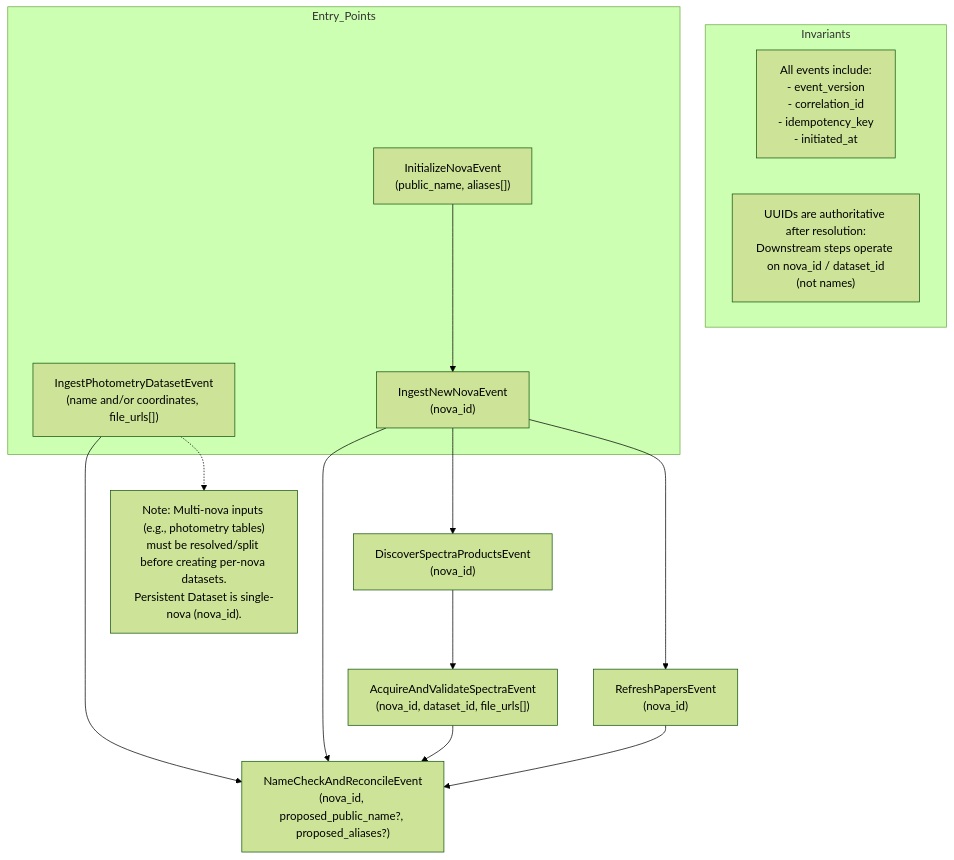
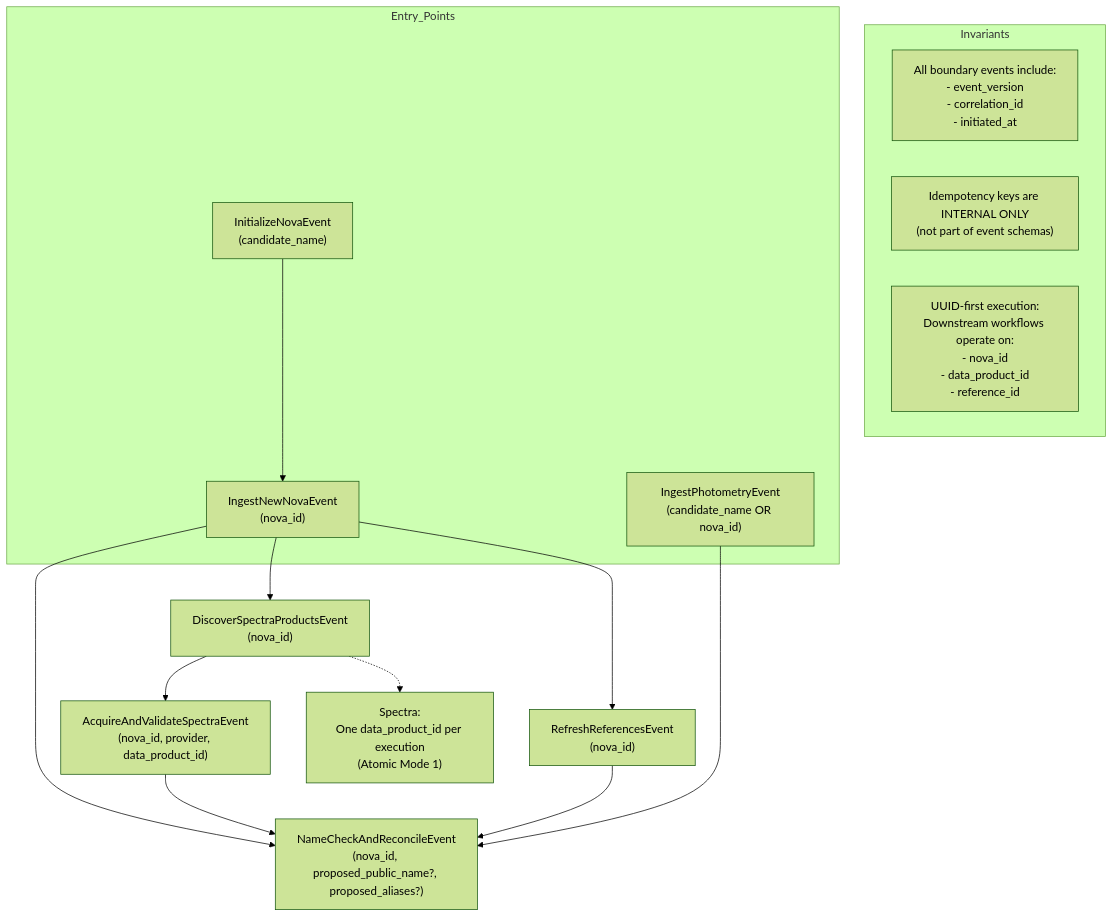
One commit to finzellt/aws_nova_cat changed the diagram in docs/diagrams/events_mermaid_diag.md. Above: the diagram before and after it, drawn with Mermaid (forest theme). The commit also changed 18 other files, not shown here.

First line of the commit message:
refactor(docs): finalize architectural alignment and establish ADR-004 baseline

````diff
--- a/docs/diagrams/events_mermaid_diag.md
+++ b/docs/diagrams/events_mermaid_diag.md
@@ -1,54 +1,67 @@
 ```mermaid
 flowchart TD
-  %% -----------------------------
-  %% Contract invariants
-  %% -----------------------------
+
+  %% ==============================
+  %% Contract Invariants
+  %% ==============================
+
   subgraph Invariants
-    I1["All events include:
+    I1["All boundary events include:
 - event_version
 - correlation_id
-- idempotency_key
 - initiated_at"]
-    I2["UUIDs are authoritative after resolution:
-Downstream steps operate on nova_id / dataset_id
-(not names)"]
+    I2["Idempotency keys are INTERNAL ONLY
+(not part of event schemas)"]
+    I3["UUID-first execution:
+Downstream workflows operate on:
+- nova_id
+- data_product_id
+- reference_id"]
   end
 
-  %% -----------------------------
-  %% Entry points
-  %% -----------------------------
+  %% ==============================
+  %% Entry Points
+  %% ==============================
+
   subgraph Entry_Points
     EN1["InitializeNovaEvent
-(public_name, aliases[])"]
-    EN2["IngestPhotometryDatasetEvent
-(name and/or coordinates, file_urls[])"]
+(candidate_name)"]
+
+    EN2["IngestPhotometryEvent
+(candidate_name OR nova_id)"]
+
     EN3["IngestNewNovaEvent
 (nova_id)"]
   end
 
-  %% -----------------------------
-  %% Resolution / governance
-  %% -----------------------------
+  %% ==============================
+  %% Identity & Governance
+  %% ==============================
+
   NR["NameCheckAndReconcileEvent
 (nova_id, proposed_public_name?, proposed_aliases?)"]
 
-  %% -----------------------------
-  %% Spectra discovery pipeline
-  %% -----------------------------
+  %% ==============================
+  %% Spectra Pipeline
+  %% ==============================
+
   DSP["DiscoverSpectraProductsEvent
 (nova_id)"]
+
   DVS["AcquireAndValidateSpectraEvent
-(nova_id, dataset_id, file_urls[])"]
+(nova_id, provider, data_product_id)"]
 
-  %% -----------------------------
-  %% Papers pipeline
-  %% -----------------------------
-  RP["RefreshPapersEvent
+  %% ==============================
+  %% Reference Pipeline
+  %% ==============================
+
+  RR["RefreshReferencesEvent
 (nova_id)"]
 
-  %% -----------------------------
-  %% Main flows
-  %% -----------------------------
+  %% ==============================
+  %% Main Flows
+  %% ==============================
+
   EN1 --> EN3
   EN3 --> NR
 
@@ -56,17 +69,18 @@
   DSP --> DVS
   DVS --> NR
 
-  EN3 --> RP
-  RP --> NR
+  EN3 --> RR
+  RR --> NR
 
   EN2 --> NR
 
-  %% -----------------------------
+  %% ==============================
   %% Notes
-  %% -----------------------------
-  N1["Note: Multi-nova inputs (e.g., photometry tables)
-must be resolved/split before creating per-nova datasets.
-Persistent Dataset is single-nova (nova_id)."]
+  %% ==============================
 
-  EN2 -.-> N1
+  N1["Spectra:
+One data_product_id per execution
+(Atomic Mode 1)"]
+
+  DSP -.-> N1
 ```
````
